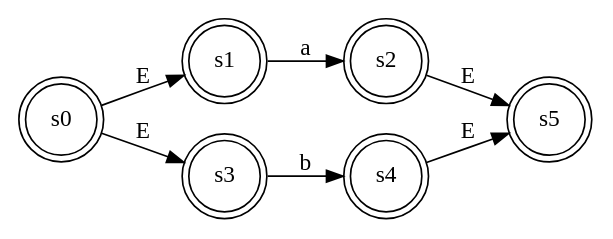
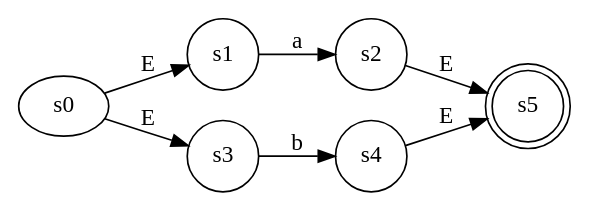
One commit to saritazavala/Automatas_Finitos changed the diagram in AFN.gv. Above: the diagram before and after it, drawn with Graphviz. The commit also changed 9 other files, not shown here.

```diff
--- a/AFN.gv
+++ b/AFN.gv
@@ -1,12 +1,19 @@
 digraph finite_state_machine {
 	rankdir=LR size="8,5"
+	node [shape=ellipse]
+	s0
 	node [shape=doublecircle]
-	s0
 	s5
+	node [shape=circle]
 	s0 -> s1 [label=E]
+	node [shape=circle]
 	s0 -> s3 [label=E]
+	node [shape=circle]
 	s1 -> s2 [label=a]
+	node [shape=circle]
 	s2 -> s5 [label=E]
+	node [shape=circle]
 	s3 -> s4 [label=b]
+	node [shape=circle]
 	s4 -> s5 [label=E]
 }
```
